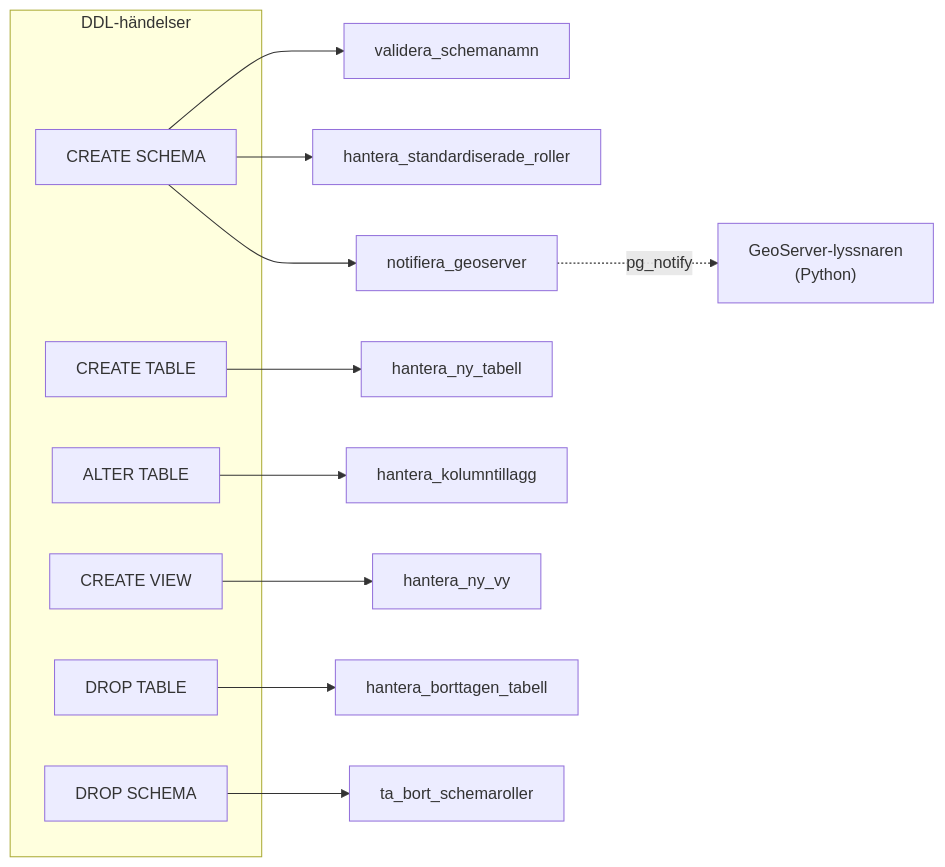
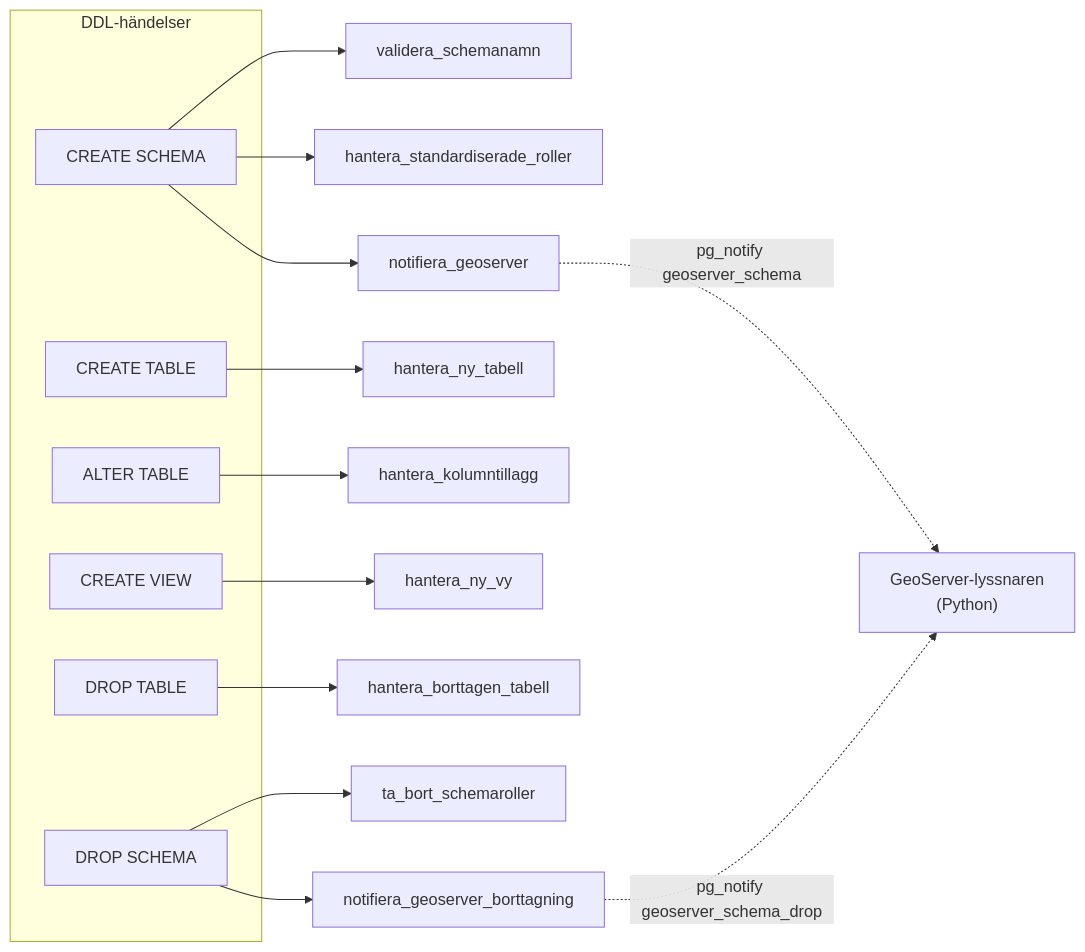
The first of 9 diagrams in LOGIC_MAP.md (Geodata-Kungsbacka/Hex), drawn with Mermaid before and after one commit. The commit also changed other lines of this file and 3 other files, not shown here.

````diff
--- a/LOGIC_MAP.md
+++ b/LOGIC_MAP.md
@@ -26,21 +26,23 @@
 ```mermaid
 flowchart LR
     subgraph DDL["DDL-händelser"]
         CS["CREATE SCHEMA"]
         CT["CREATE TABLE"]
         AT["ALTER TABLE"]
         CV["CREATE VIEW"]
         DT["DROP TABLE"]
         DS["DROP SCHEMA"]
     end
 
     CS --> VS["validera_schemanamn"]
     CS --> HSR["hantera_standardiserade_roller"]
     CS --> NG["notifiera_geoserver"]
     CT --> HNT["hantera_ny_tabell"]
     AT --> HK["hantera_kolumntillagg"]
     CV --> HNV["hantera_ny_vy"]
     DT --> HBT["hantera_borttagen_tabell"]
     DS --> TBS["ta_bort_schemaroller"]
-    NG -.->|pg_notify| GS["GeoServer-lyssnaren<br/>(Python)"]
+    DS --> NGB["notifiera_geoserver_borttagning"]
+    NG  -.->|pg_notify geoserver_schema| GS["GeoServer-lyssnaren<br/>(Python)"]
+    NGB -.->|pg_notify geoserver_schema_drop| GS
 ```
````
